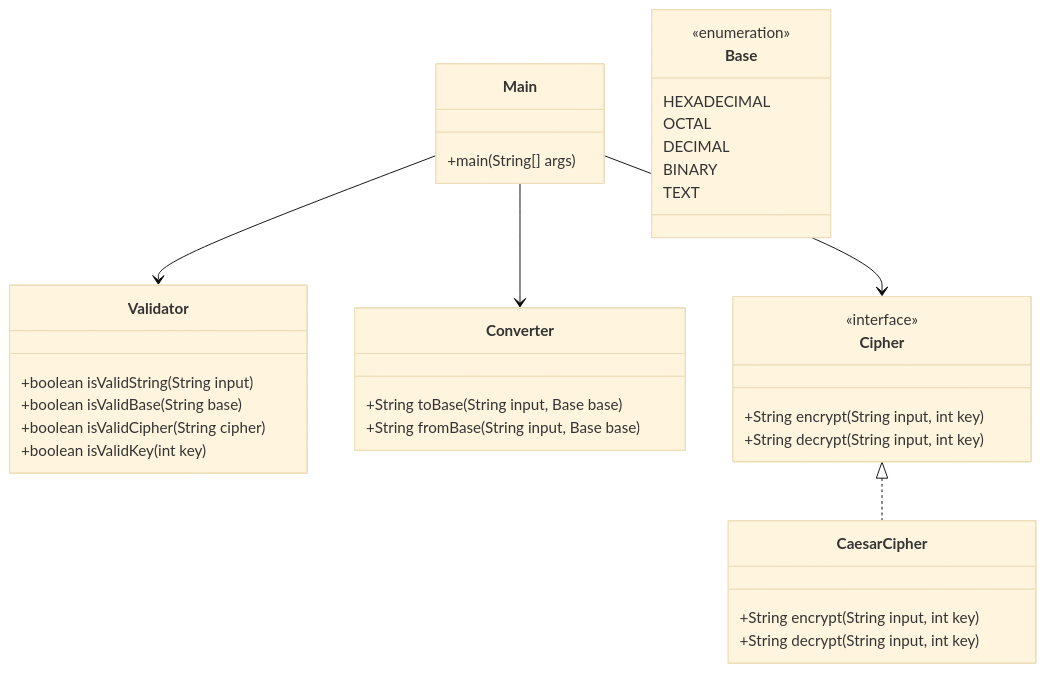
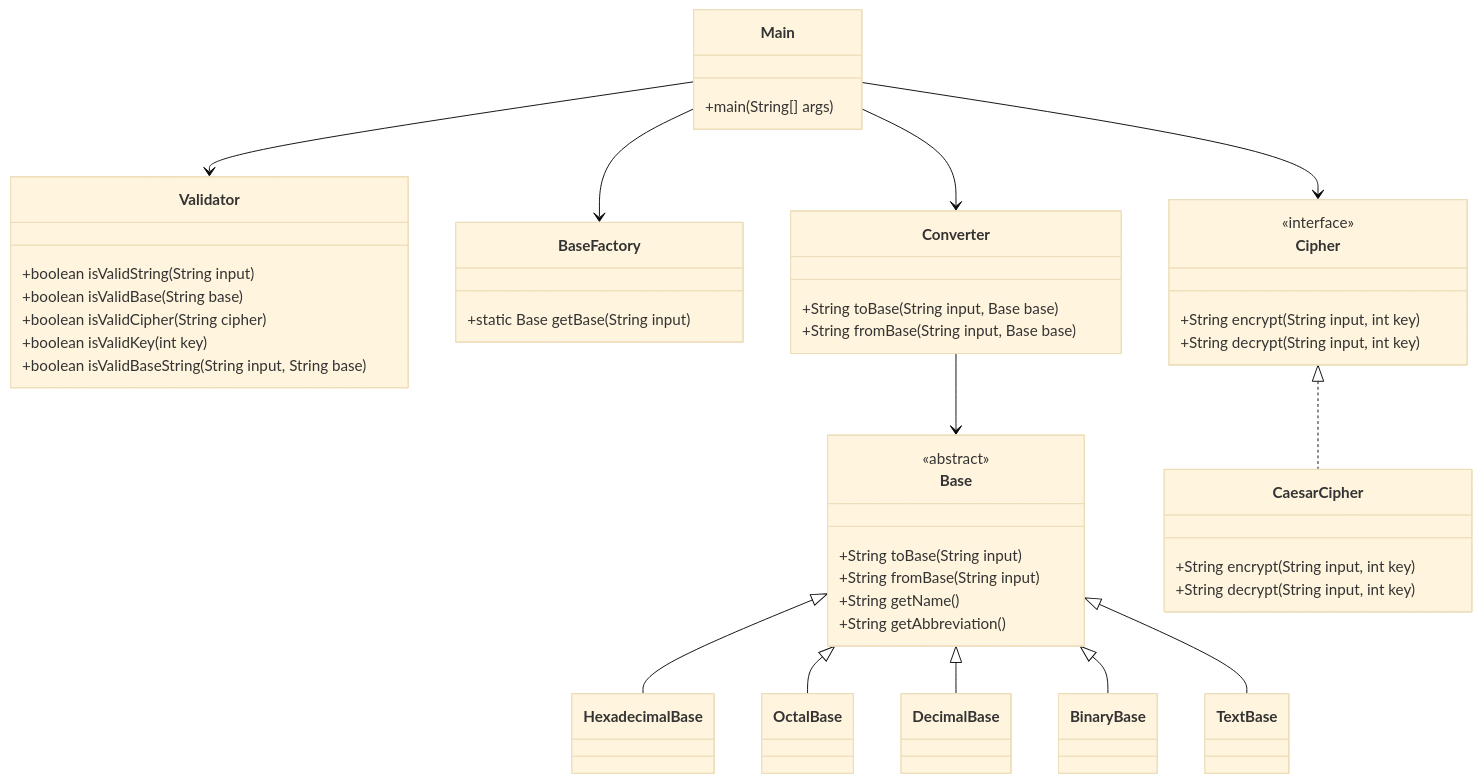
The diagram in documentation/ClassDesign.md (sergey-chukhno/GlobalConverter), drawn with Mermaid (base theme) before and after one commit. The commit also changed other lines of this file and 10 other files, not shown here.

````diff
--- a/documentation/ClassDesign.md
+++ b/documentation/ClassDesign.md
@@ -27,38 +59,52 @@
 ```mermaid
 classDiagram
     class Main {
         +main(String[] args)
     }
     class Validator {
         +boolean isValidString(String input)
         +boolean isValidBase(String base)
         +boolean isValidCipher(String cipher)
         +boolean isValidKey(int key)
+        +boolean isValidBaseString(String input, String base)
     }
     class Base {
-        <<enumeration>>
-        HEXADECIMAL
-        OCTAL
-        DECIMAL
-        BINARY
-        TEXT
+        <<abstract>>
+        +String toBase(String input)
+        +String fromBase(String input)
+        +String getName()
+        +String getAbbreviation()
+    }
+    class HexadecimalBase
+    class OctalBase
+    class DecimalBase
+    class BinaryBase
+    class TextBase
+    Base <|-- HexadecimalBase
+    Base <|-- OctalBase
+    Base <|-- DecimalBase
+    Base <|-- BinaryBase
+    Base <|-- TextBase
+    class BaseFactory {
+        +static Base getBase(String input)
     }
     class Converter {
         +String toBase(String input, Base base)
         +String fromBase(String input, Base base)
     }
     class Cipher {
         <<interface>>
         +String encrypt(String input, int key)
         +String decrypt(String input, int key)
     }
     class CaesarCipher {
         +String encrypt(String input, int key)
         +String decrypt(String input, int key)
     }
-    
     Main --> Validator
+    Main --> BaseFactory
     Main --> Converter
     Main --> Cipher
+    Converter --> Base
     Cipher <|.. CaesarCipher
 ``` 
````
